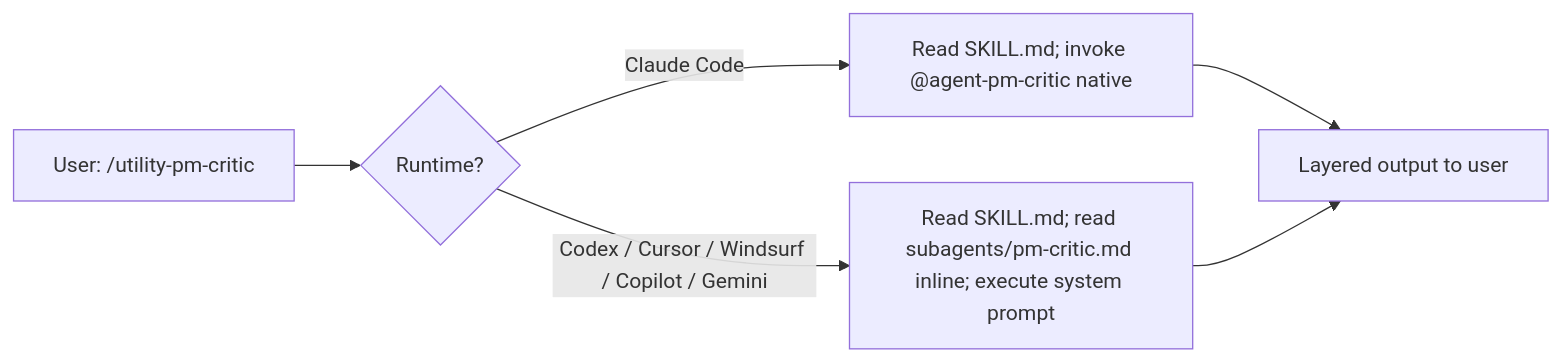
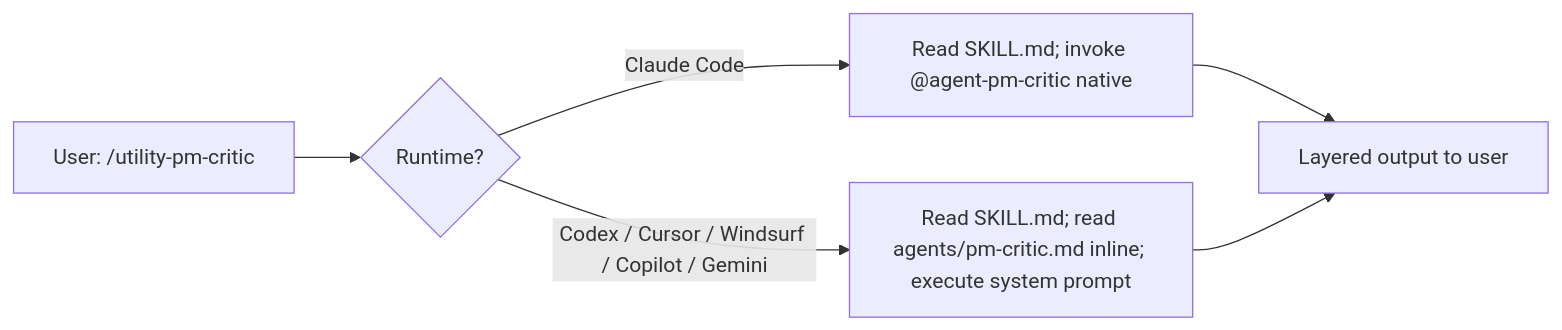
One commit to product-on-purpose/pm-skills changed the third of 4 diagrams in docs/contributing/sub-agent-design-patterns.md. Above: the diagram before and after it, drawn with Mermaid. The commit also changed other lines of this file and 67 other files, not shown here.

First line of the commit message:
refactor(v2.17.0): rename AGENTS/ to _agent-context/ and subagents/ to agents/ (W2)

````diff
--- a/docs/contributing/sub-agent-design-patterns.md
+++ b/docs/contributing/sub-agent-design-patterns.md
@@ -151,8 +151,8 @@
 ```mermaid
 flowchart LR
     A[User: /utility-pm-critic] --> B{Runtime?}
     B -->|Claude Code| C[Read SKILL.md; invoke @agent-pm-critic native]
-    B -->|Codex / Cursor / Windsurf / Copilot / Gemini| D[Read SKILL.md; read subagents/pm-critic.md inline; execute system prompt]
+    B -->|Codex / Cursor / Windsurf / Copilot / Gemini| D[Read SKILL.md; read agents/pm-critic.md inline; execute system prompt]
     C --> E[Layered output to user]
     D --> E
 ```
````
